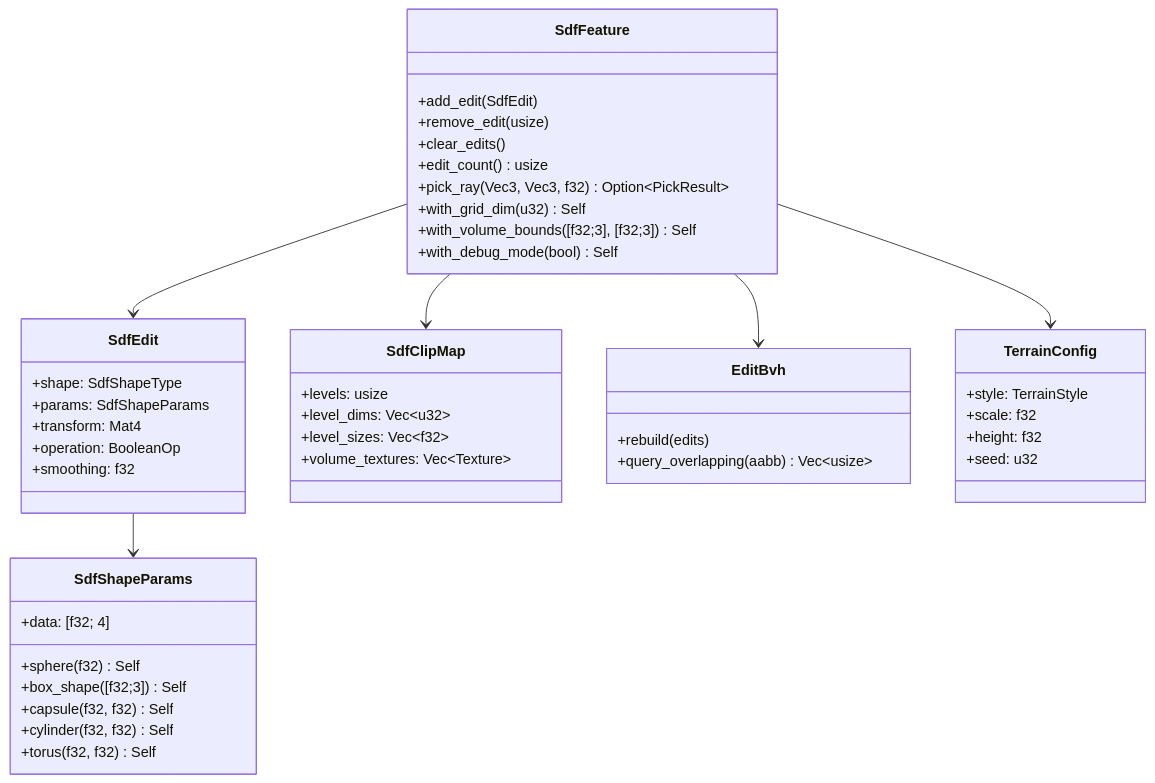
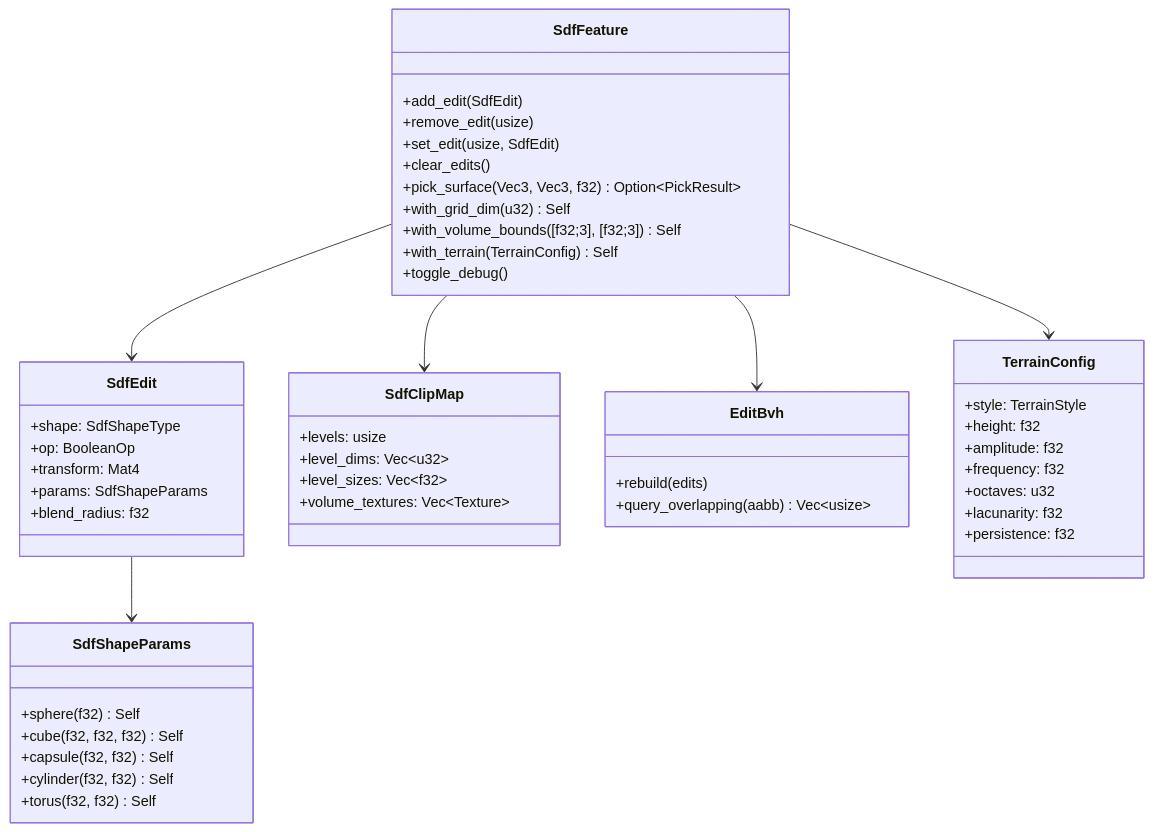
The seventh of 7 diagrams in public/docs/core-concepts/Helio/sdf.md (Far-Beyond-Pulsar/docs), drawn with Mermaid before and after one commit. The commit also changed other lines of this file and 7 other files, not shown here.

````diff
--- a/public/docs/core-concepts/Helio/sdf.md
+++ b/public/docs/core-concepts/Helio/sdf.md
@@ -898,49 +936,52 @@
 ```mermaid
 classDiagram
     class SdfFeature {
         +add_edit(SdfEdit)
         +remove_edit(usize)
+        +set_edit(usize, SdfEdit)
         +clear_edits()
-        +edit_count() usize
-        +pick_ray(Vec3, Vec3, f32) Option~PickResult~
+        +pick_surface(Vec3, Vec3, f32) Option~PickResult~
         +with_grid_dim(u32) Self
         +with_volume_bounds([f32;3], [f32;3]) Self
-        +with_debug_mode(bool) Self
+        +with_terrain(TerrainConfig) Self
+        +toggle_debug()
     }
     class SdfEdit {
         +shape: SdfShapeType
+        +op: BooleanOp
+        +transform: Mat4
         +params: SdfShapeParams
-        +transform: Mat4
-        +operation: BooleanOp
-        +smoothing: f32
+        +blend_radius: f32
     }
     class SdfShapeParams {
-        +data: [f32; 4]
         +sphere(f32) Self
-        +box_shape([f32;3]) Self
+        +cube(f32, f32, f32) Self
         +capsule(f32, f32) Self
         +cylinder(f32, f32) Self
         +torus(f32, f32) Self
     }
     class SdfClipMap {
         +levels: usize
         +level_dims: Vec~u32~
         +level_sizes: Vec~f32~
         +volume_textures: Vec~Texture~
     }
     class EditBvh {
         +rebuild(edits)
         +query_overlapping(aabb) Vec~usize~
     }
     class TerrainConfig {
         +style: TerrainStyle
-        +scale: f32
         +height: f32
-        +seed: u32
+        +amplitude: f32
+        +frequency: f32
+        +octaves: u32
+        +lacunarity: f32
+        +persistence: f32
     }
     SdfFeature --> SdfEdit
     SdfFeature --> SdfClipMap
     SdfFeature --> EditBvh
     SdfFeature --> TerrainConfig
     SdfEdit --> SdfShapeParams
 ```
````
